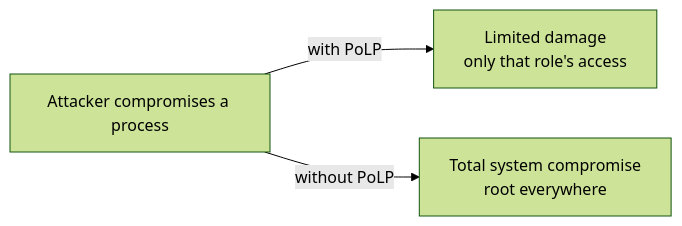
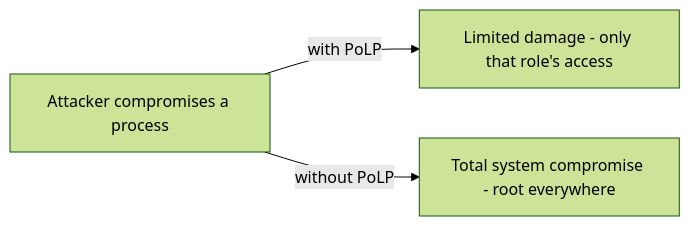
Before and after one commit to xujoncep/learning: the second of 3 diagrams in handnote/operating-system-mcq/08-linux-shell-security.md, drawn with Mermaid (forest theme). The commit also changed other lines of this file and 7 other files, not shown here.

First line of the commit message:
Fix Mermaid v11 syntax errors across 5 pages + add /dev-login route

````diff
--- a/handnote/operating-system-mcq/08-linux-shell-security.md
+++ b/handnote/operating-system-mcq/08-linux-shell-security.md
@@ -202,6 +202,6 @@
 ```mermaid
 flowchart LR
     Hacker[Attacker compromises a process]
-    Hacker -->|with PoLP| Limited[Limited damage<br/>only that role's access]
-    Hacker -->|without PoLP| Total[Total system compromise<br/>root everywhere]
+    Hacker -->|with PoLP| Limited["Limited damage - only that role's access"]
+    Hacker -->|without PoLP| Total["Total system compromise - root everywhere"]
 ```
````
